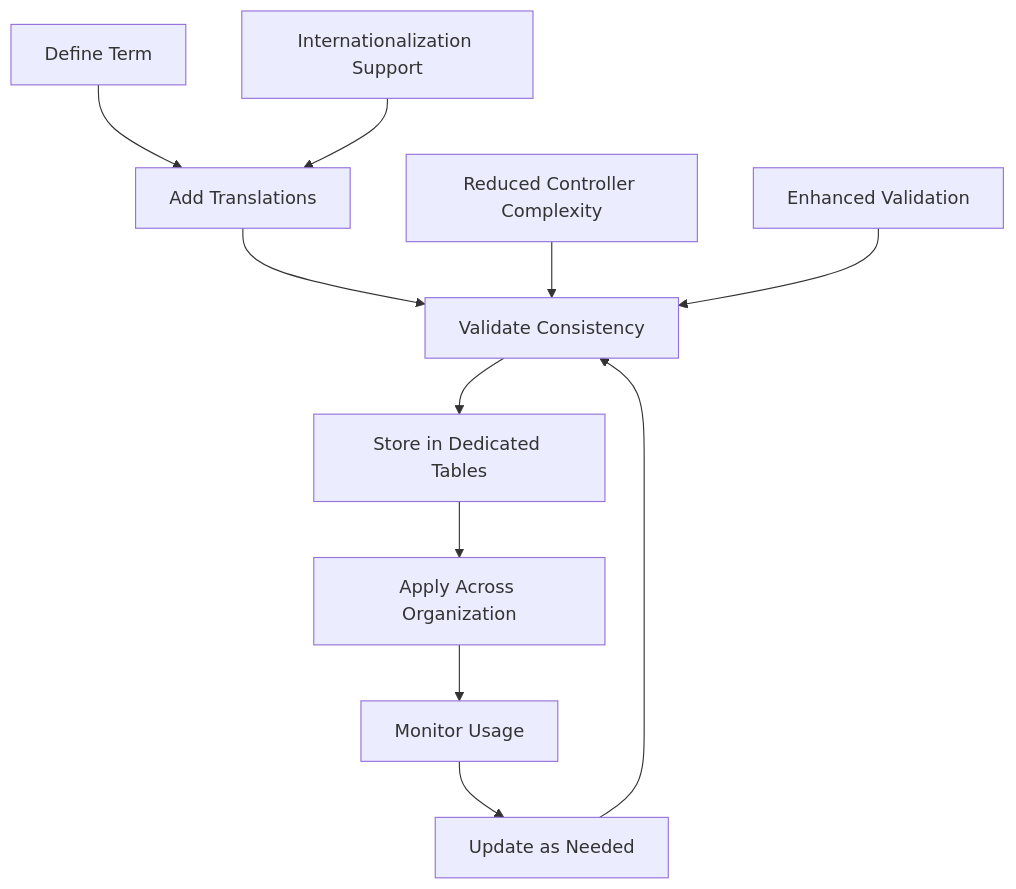
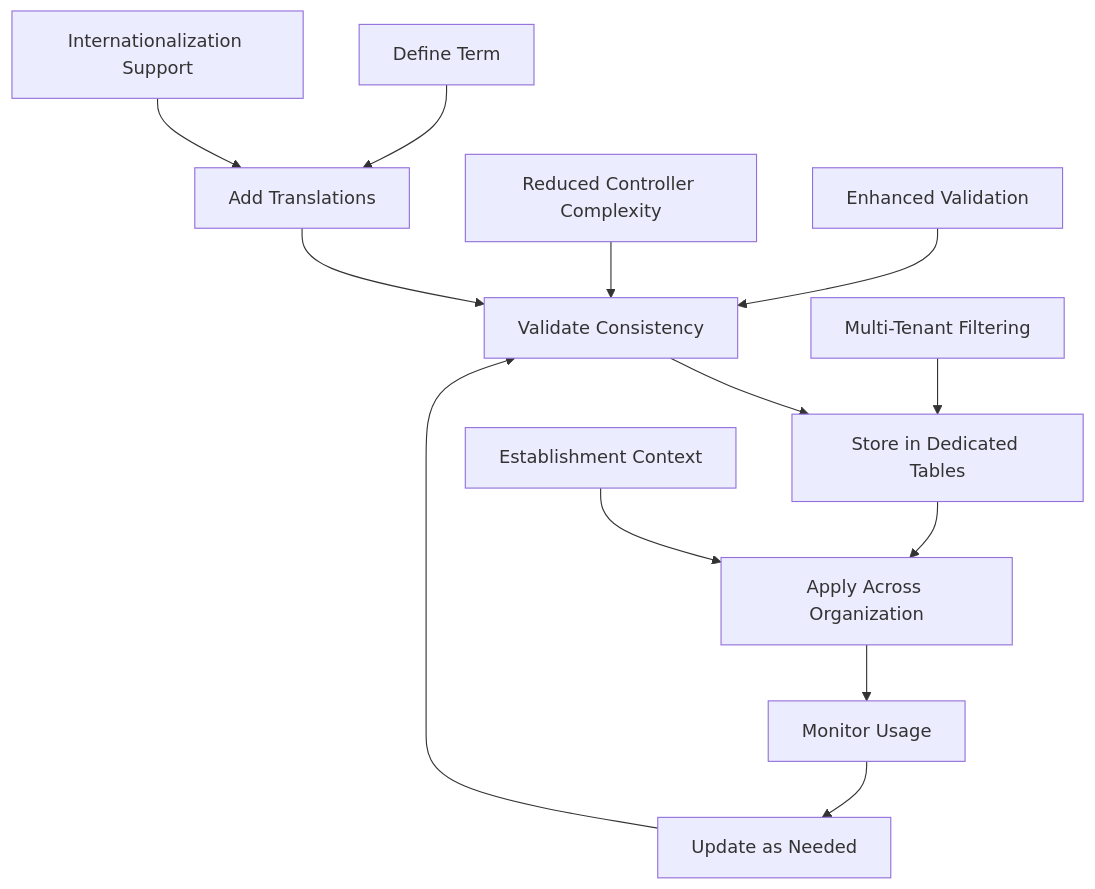
The fifth of 10 diagrams in .qoder/repowiki/en/content/Human Resources Management/Personnel Administration/Organizational Structure.md (franckylab/eLISAschool), drawn with Mermaid before and after one commit. The commit also changed other lines of this file and 49 other files, not shown here.

````diff
--- a/.qoder/repowiki/en/content/Human Resources Management/Personnel Administration/Organizational Structure.md
+++ b/.qoder/repowiki/en/content/Human Resources Management/Personnel Administration/Organizational Structure.md
@@ -276,13 +297,15 @@
 ```mermaid
 flowchart TD
 A["Define Term"] --> B["Add Translations"]
 B --> C["Validate Consistency"]
 C --> D["Store in Dedicated Tables"]
 D --> E["Apply Across Organization"]
 E --> F["Monitor Usage"]
 F --> G["Update as Needed"]
 G --> C
 H["Reduced Controller Complexity"] --> C
 I["Enhanced Validation"] --> C
 J["Internationalization Support"] --> B
+K["Multi-Tenant Filtering"] --> D
+L["Establishment Context"] --> E
 ```
````
